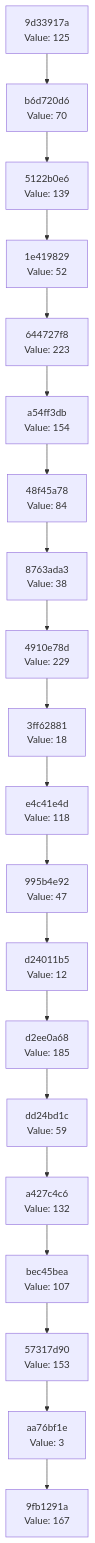
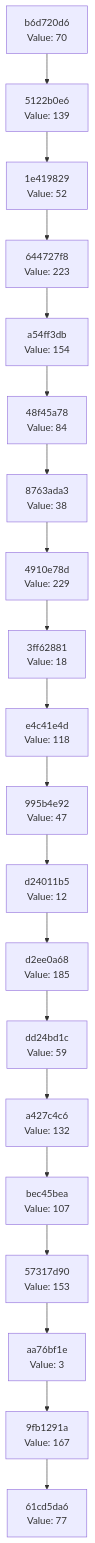
Before and after one commit to Abhisheksinha1506/hash-chain-evolver: the diagram in docs/CHAIN_VISUALIZATION.md, drawn with Mermaid. The commit also changed 3 other files, not shown here.

````diff
--- a/docs/CHAIN_VISUALIZATION.md
+++ b/docs/CHAIN_VISUALIZATION.md
@@ -3,42 +3,42 @@
 ```mermaid
 graph TD
-    C0["9fb1291a<br/>Value: 167"]
-    C1["aa76bf1e<br/>Value: 3"]
+    C0["61cd5da6<br/>Value: 77"]
+    C1["9fb1291a<br/>Value: 167"]
     C1 --> C0
-    C2["57317d90<br/>Value: 153"]
+    C2["aa76bf1e<br/>Value: 3"]
     C2 --> C1
-    C3["bec45bea<br/>Value: 107"]
+    C3["57317d90<br/>Value: 153"]
     C3 --> C2
-    C4["a427c4c6<br/>Value: 132"]
+    C4["bec45bea<br/>Value: 107"]
     C4 --> C3
-    C5["dd24bd1c<br/>Value: 59"]
+    C5["a427c4c6<br/>Value: 132"]
     C5 --> C4
-    C6["d2ee0a68<br/>Value: 185"]
+    C6["dd24bd1c<br/>Value: 59"]
     C6 --> C5
-    C7["d24011b5<br/>Value: 12"]
+    C7["d2ee0a68<br/>Value: 185"]
     C7 --> C6
-    C8["995b4e92<br/>Value: 47"]
+    C8["d24011b5<br/>Value: 12"]
     C8 --> C7
-    C9["e4c41e4d<br/>Value: 118"]
+    C9["995b4e92<br/>Value: 47"]
     C9 --> C8
-    C10["3ff62881<br/>Value: 18"]
+    C10["e4c41e4d<br/>Value: 118"]
     C10 --> C9
-    C11["4910e78d<br/>Value: 229"]
+    C11["3ff62881<br/>Value: 18"]
     C11 --> C10
-    C12["8763ada3<br/>Value: 38"]
+    C12["4910e78d<br/>Value: 229"]
     C12 --> C11
-    C13["48f45a78<br/>Value: 84"]
+    C13["8763ada3<br/>Value: 38"]
     C13 --> C12
-    C14["a54ff3db<br/>Value: 154"]
+    C14["48f45a78<br/>Value: 84"]
     C14 --> C13
-    C15["644727f8<br/>Value: 223"]
+    C15["a54ff3db<br/>Value: 154"]
     C15 --> C14
-    C16["1e419829<br/>Value: 52"]
+    C16["644727f8<br/>Value: 223"]
     C16 --> C15
-    C17["5122b0e6<br/>Value: 139"]
+    C17["1e419829<br/>Value: 52"]
     C17 --> C16
-    C18["b6d720d6<br/>Value: 70"]
+    C18["5122b0e6<br/>Value: 139"]
     C18 --> C17
-    C19["9d33917a<br/>Value: 125"]
+    C19["b6d720d6<br/>Value: 70"]
     C19 --> C18
 ```
````
